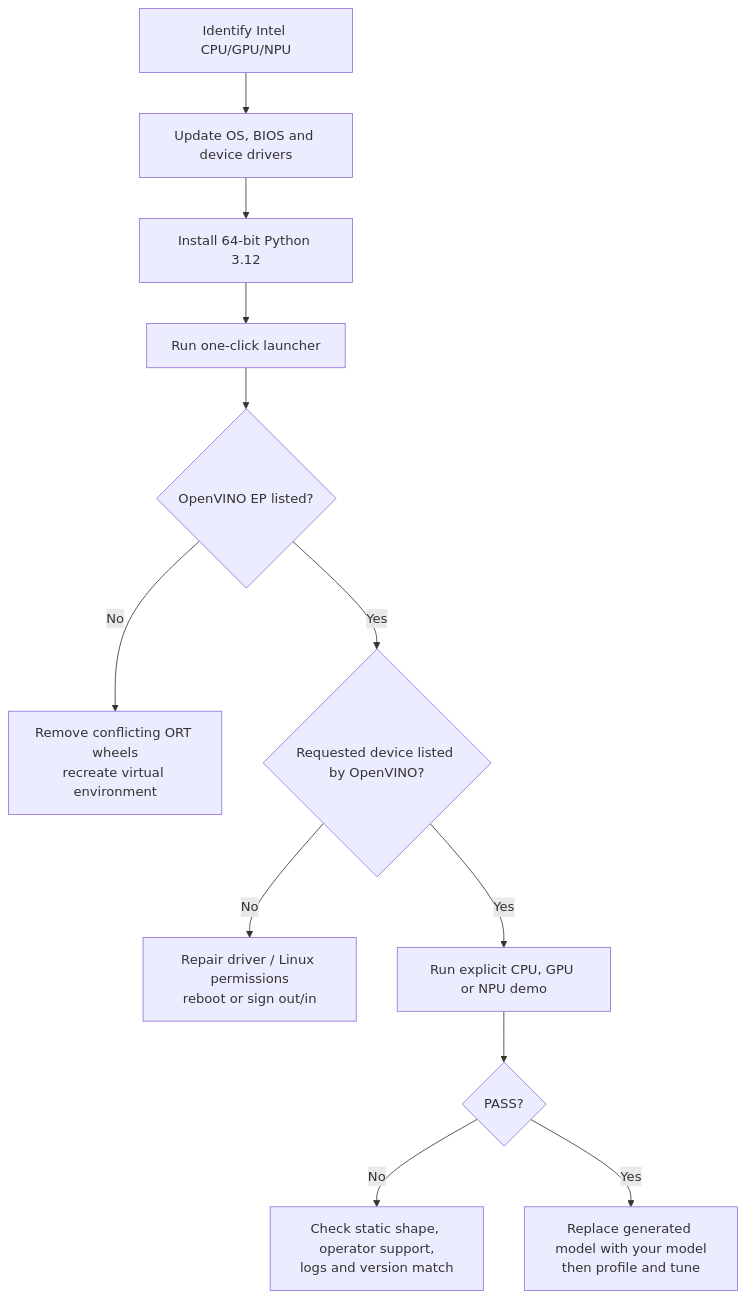
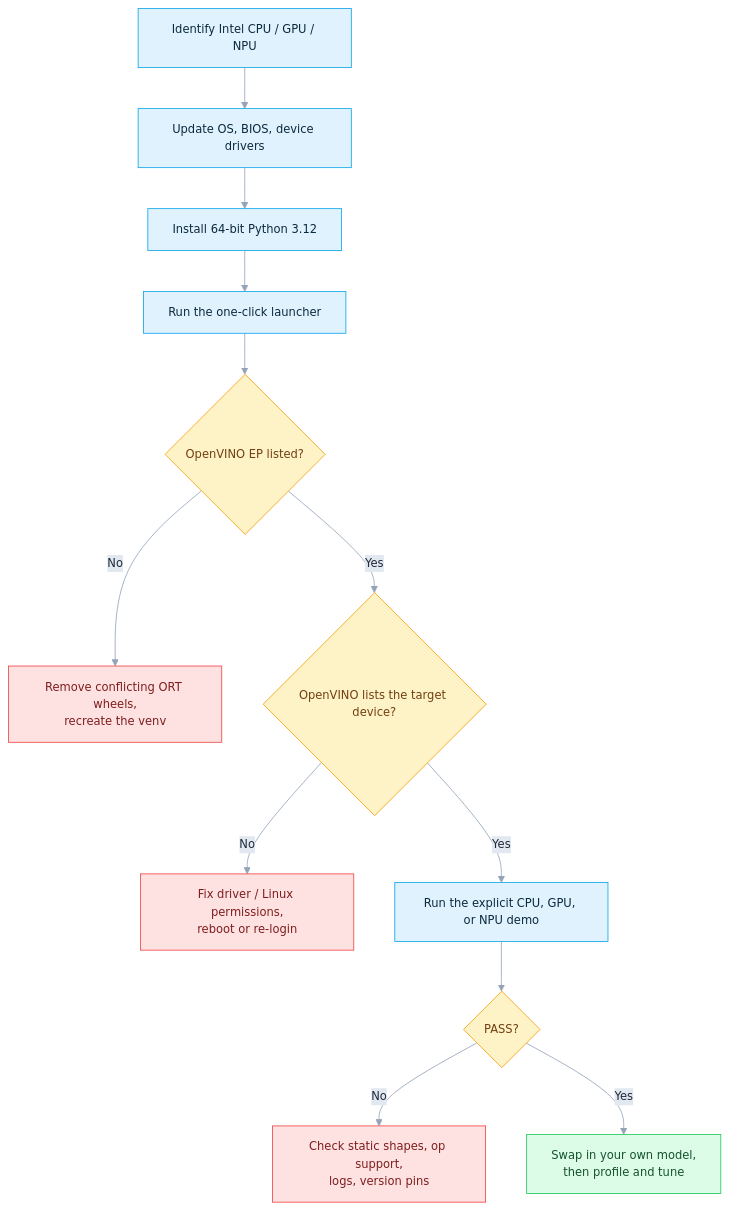
Before and after one commit to DakeQQ/Tutorial-ONNX-Runtime-Execution-Providers: the fourth of 6 diagrams in Intel/README.md, drawn with Mermaid. The commit also changed other lines of this file and 15 other files, not shown here.

````diff
--- a/Intel/README.md
+++ b/Intel/README.md
@@ -89,14 +167,23 @@
 ```mermaid
+%%{init: {"theme":"base","themeVariables":{"fontSize":"14px","lineColor":"#94a3b8","edgeLabelBackground":"#e2e8f0","primaryTextColor":"#1e293b"}}}%%
 flowchart TD
-    A[Identify Intel CPU/GPU/NPU] --> B[Update OS, BIOS and device drivers]
-    B --> C[Install 64-bit Python 3.12]
-    C --> D[Run one-click launcher]
-    D --> E{OpenVINO EP listed?}
-    E -->|No| F[Remove conflicting ORT wheels<br/>recreate virtual environment]
-    E -->|Yes| G{Requested device listed by OpenVINO?}
-    G -->|No| H[Repair driver / Linux permissions<br/>reboot or sign out/in]
-    G -->|Yes| I[Run explicit CPU, GPU or NPU demo]
-    I --> J{PASS?}
-    J -->|No| K[Check static shape, operator support,<br/>logs and version match]
-    J -->|Yes| L[Replace generated model with your model<br/>then profile and tune]
+    A["Identify Intel CPU / GPU / NPU"] --> B["Update OS, BIOS, device drivers"]
+    B --> C["Install 64-bit Python 3.12"]
+    C --> D["Run the one-click launcher"]
+    D --> E{"OpenVINO EP listed?"}
+    E -->|No| F["Remove conflicting ORT wheels,<br/>recreate the venv"]
+    E -->|Yes| G{"OpenVINO lists the target device?"}
+    G -->|No| H["Fix driver / Linux permissions,<br/>reboot or re-login"]
+    G -->|Yes| I["Run the explicit CPU, GPU, or NPU demo"]
+    I --> J{"PASS?"}
+    J -->|No| K["Check static shapes, op support,<br/>logs, version pins"]
+    J -->|Yes| L["Swap in your own model,<br/>then profile and tune"]
+    classDef step fill:#e0f2fe,stroke:#0ea5e9,color:#0c2a3d;
+    classDef dec fill:#fef3c7,stroke:#f59e0b,color:#713f12;
+    classDef bad fill:#fee2e2,stroke:#ef4444,color:#7f1d1d;
+    classDef good fill:#dcfce7,stroke:#22c55e,color:#14532d;
+    class A,B,C,D,I step;
+    class E,G,J dec;
+    class F,H,K bad;
+    class L good;
 ```
````
